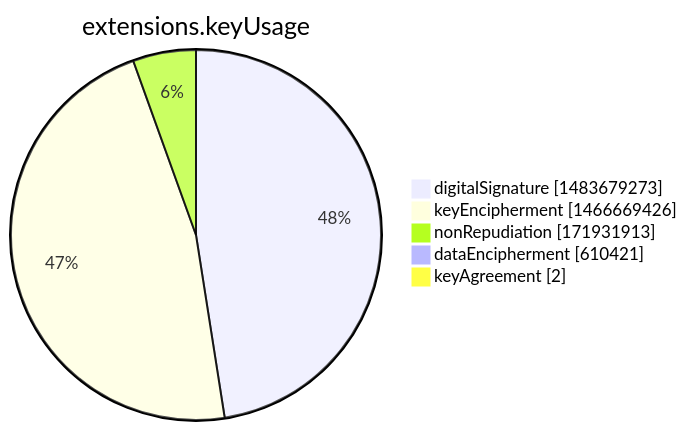
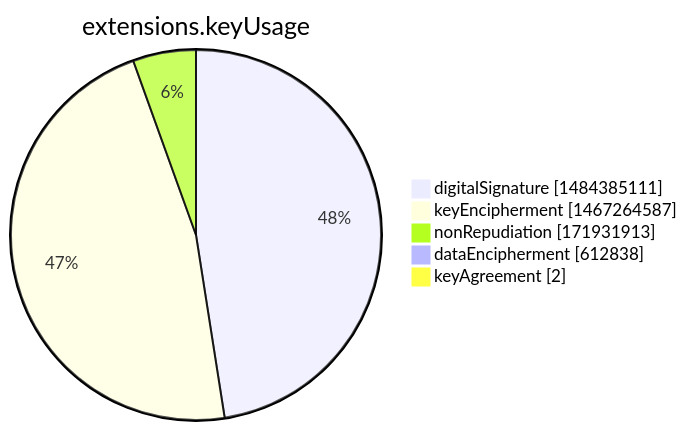
Before and after one commit to christiankrug/ctmonitor_visualization: the seventh of 15 diagrams in argon2022/README.md, drawn with Mermaid. The commit also changed other lines of this file, not shown here.

````diff
--- a/argon2022/README.md
+++ b/argon2022/README.md
@@ -2751,9 +2751,9 @@
 ```mermaid
 pie showData
 title extensions.keyUsage
-"digitalSignature" :1483679273
-"keyEncipherment" :1466669426
+"digitalSignature" :1484385111
+"keyEncipherment" :1467264587
 "nonRepudiation" :171931913
-"dataEncipherment" :610421
+"dataEncipherment" :612838
 "keyAgreement" :2
 ```
````
